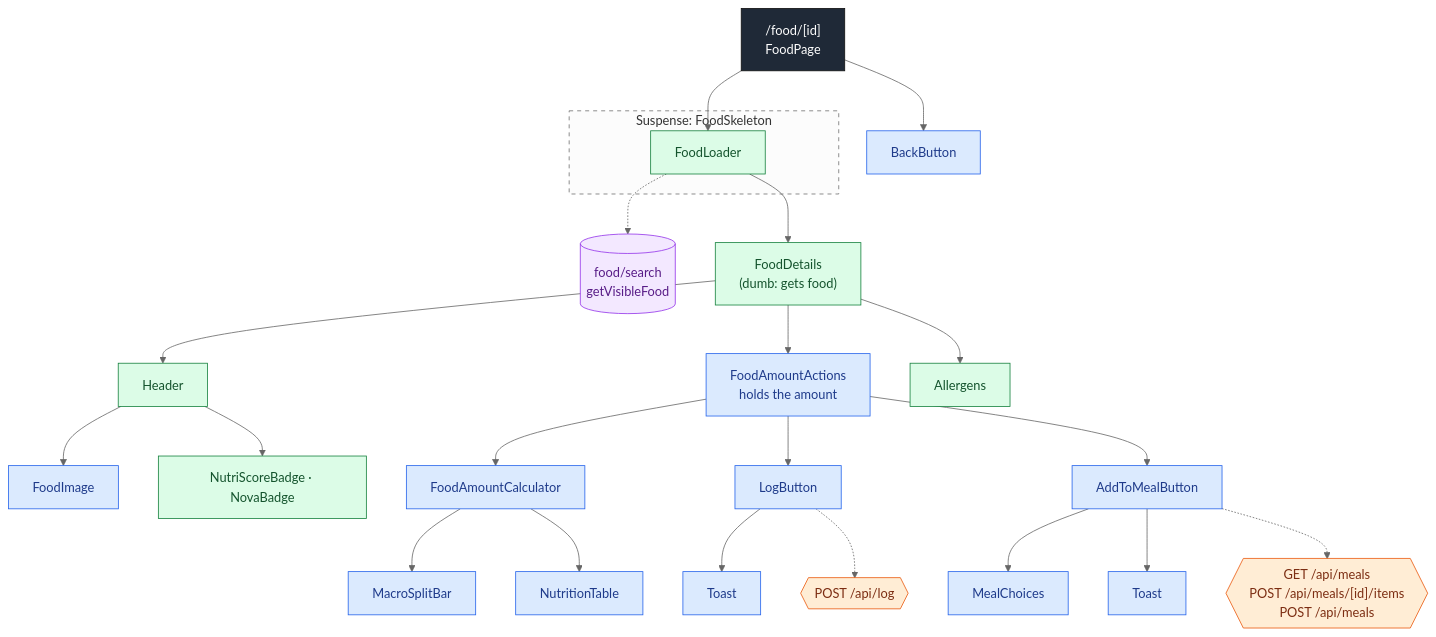
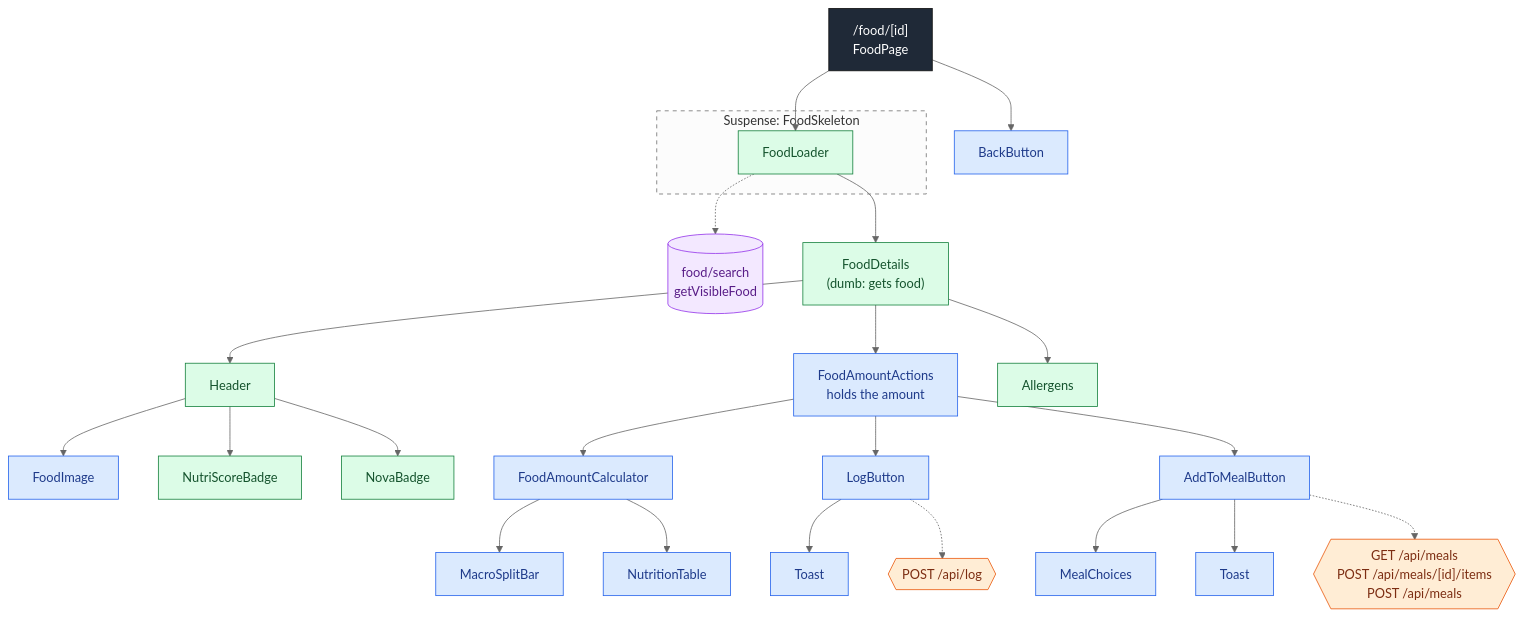
Before and after one commit to P4t4m8n/bite-buddy: the ninth of 15 diagrams in docs/COMPONENTS-DIAGRAMS.md, drawn with Mermaid (neutral theme). The commit also changed other lines of this file and 85 other files, not shown here.

First line of the commit message:
Refactor stats charts and improve code organization

````diff
--- a/docs/COMPONENTS-DIAGRAMS.md
+++ b/docs/COMPONENTS-DIAGRAMS.md
@@ -226,33 +231,34 @@
 ```mermaid
 flowchart TD
   Page["/food/[id]<br/>FoodPage"]:::page
   Page --> Back["BackButton"]:::client
   subgraph S1 ["Suspense: FoodSkeleton"]
     Loader["FoodLoader"]:::server
   end
   Page --> Loader
   Loader -.-> D1[("food/search<br/>getVisibleFood")]:::data
   Loader --> Details["FoodDetails<br/>(dumb: gets food)"]:::server
   Details --> Header["Header"]:::server
   Details --> Actions["FoodAmountActions<br/>holds the amount"]:::client
   Details --> Allergens["Allergens"]:::server
   Header --> Img["FoodImage"]:::client
-  Header --> Badges["NutriScoreBadge · NovaBadge"]:::server
+  Header --> NS["NutriScoreBadge"]:::server
+  Header --> Nova["NovaBadge"]:::server
   Actions --> Calc["FoodAmountCalculator"]:::client
   Actions --> Log["LogButton"]:::client
   Actions --> AddMeal["AddToMealButton"]:::client
   Calc --> Bar["MacroSplitBar"]:::client
   Calc --> Table["NutritionTable"]:::client
   Log --> Toast1["Toast"]:::client
   AddMeal --> Choices["MealChoices"]:::client
   AddMeal --> Toast2["Toast"]:::client
   Log -.-> A1{{"POST /api/log"}}:::api
   AddMeal -.-> A2{{"GET /api/meals<br/>POST /api/meals/[id]/items<br/>POST /api/meals"}}:::api
 
   classDef page fill:#1f2937,color:#fff,stroke:#111
   classDef server fill:#dcfce7,color:#14532d,stroke:#15803d
   classDef client fill:#dbeafe,color:#1e3a8a,stroke:#2563eb
   classDef data fill:#f3e8ff,color:#581c87,stroke:#9333ea
   classDef api fill:#ffedd5,color:#7c2d12,stroke:#ea580c
   style S1 stroke-dasharray: 5 5
 ```
````
